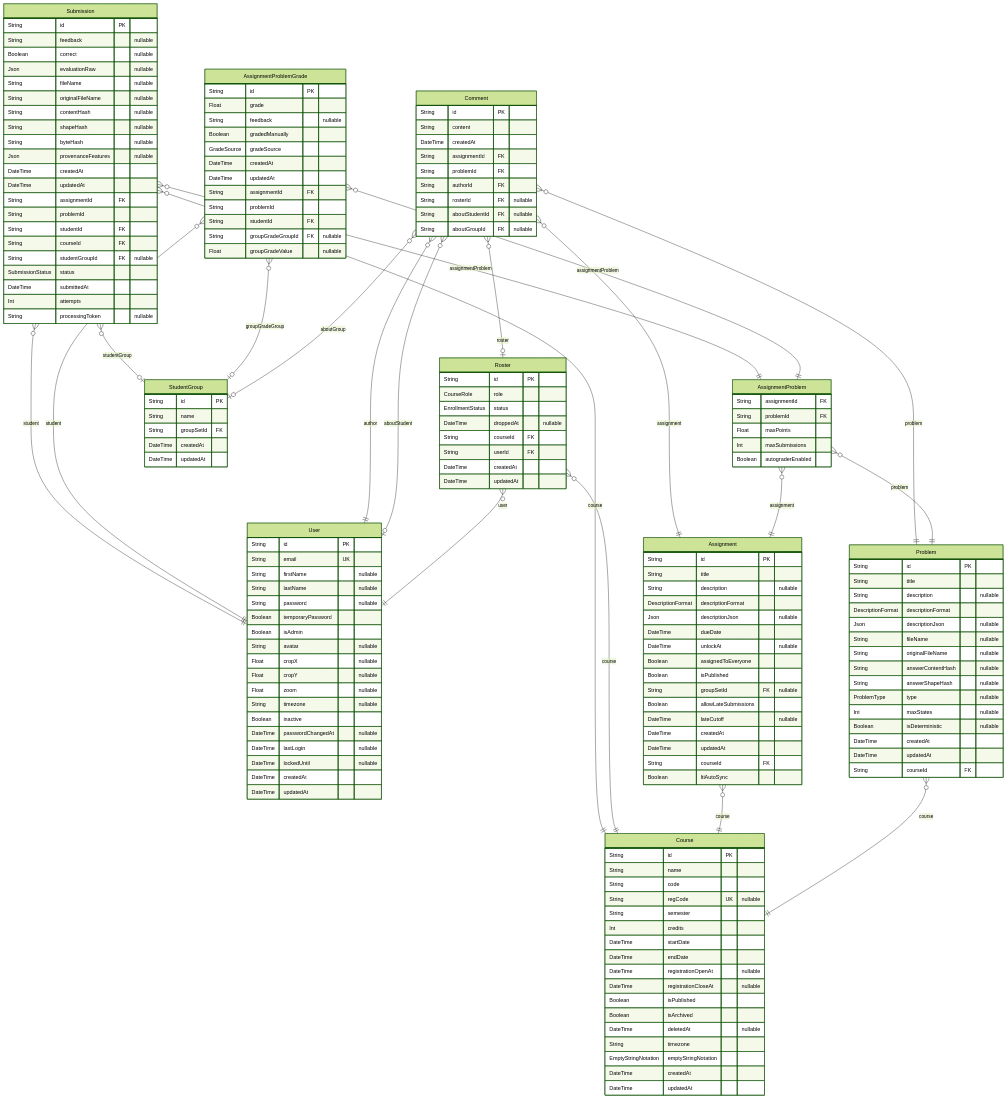
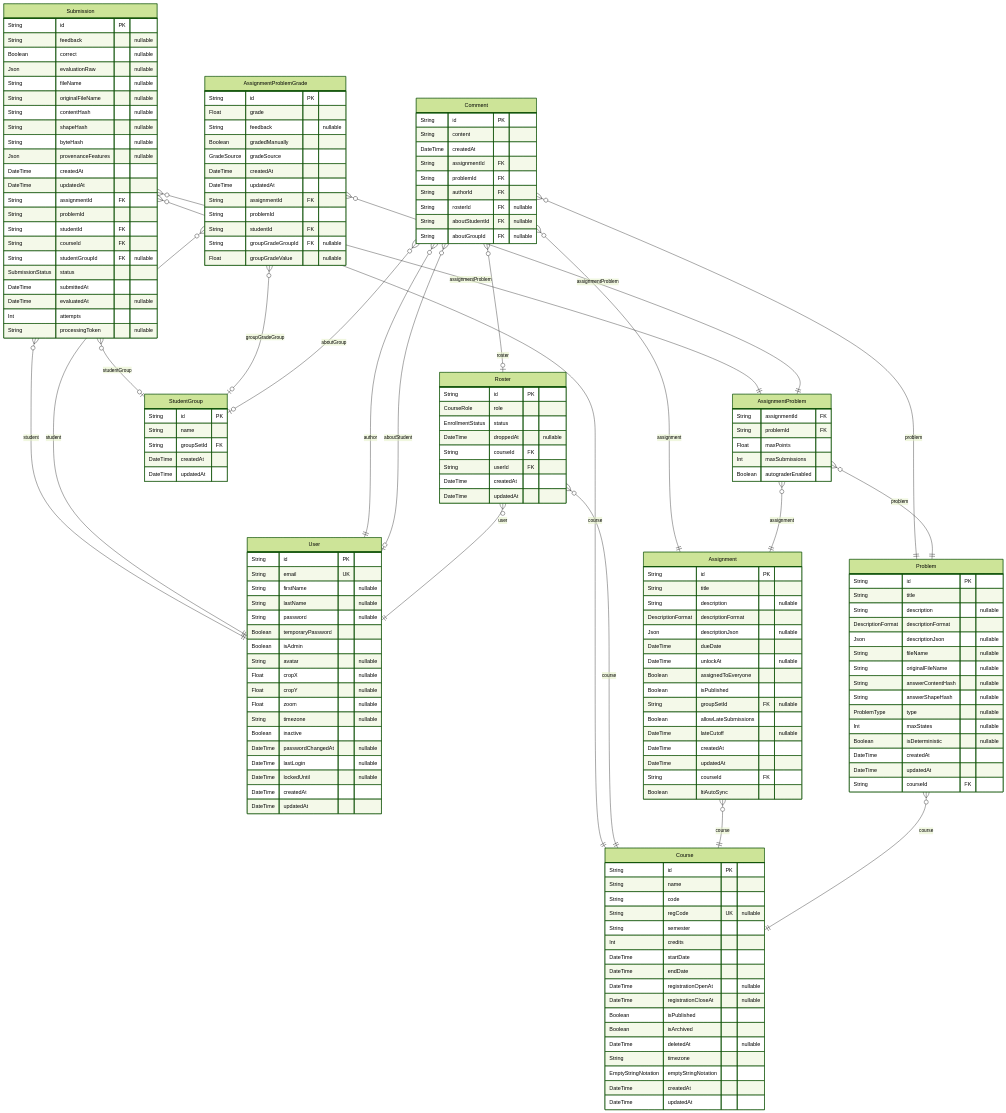
One commit to PennStateCS/AFCT changed the fifth of 6 diagrams in docs-site/docs/reference/database-schema.md. Above: the diagram before and after it, drawn with Mermaid (forest theme). The commit also changed other lines of this file and 7 other files, not shown here.

```diff
--- a/docs-site/docs/reference/database-schema.md
+++ b/docs-site/docs/reference/database-schema.md
@@ -1239,6 +1239,7 @@
   String studentGroupId FK "nullable"
   SubmissionStatus status
   DateTime submittedAt
+  DateTime evaluatedAt "nullable"
   Int attempts
   String processingToken "nullable"
 }
```
